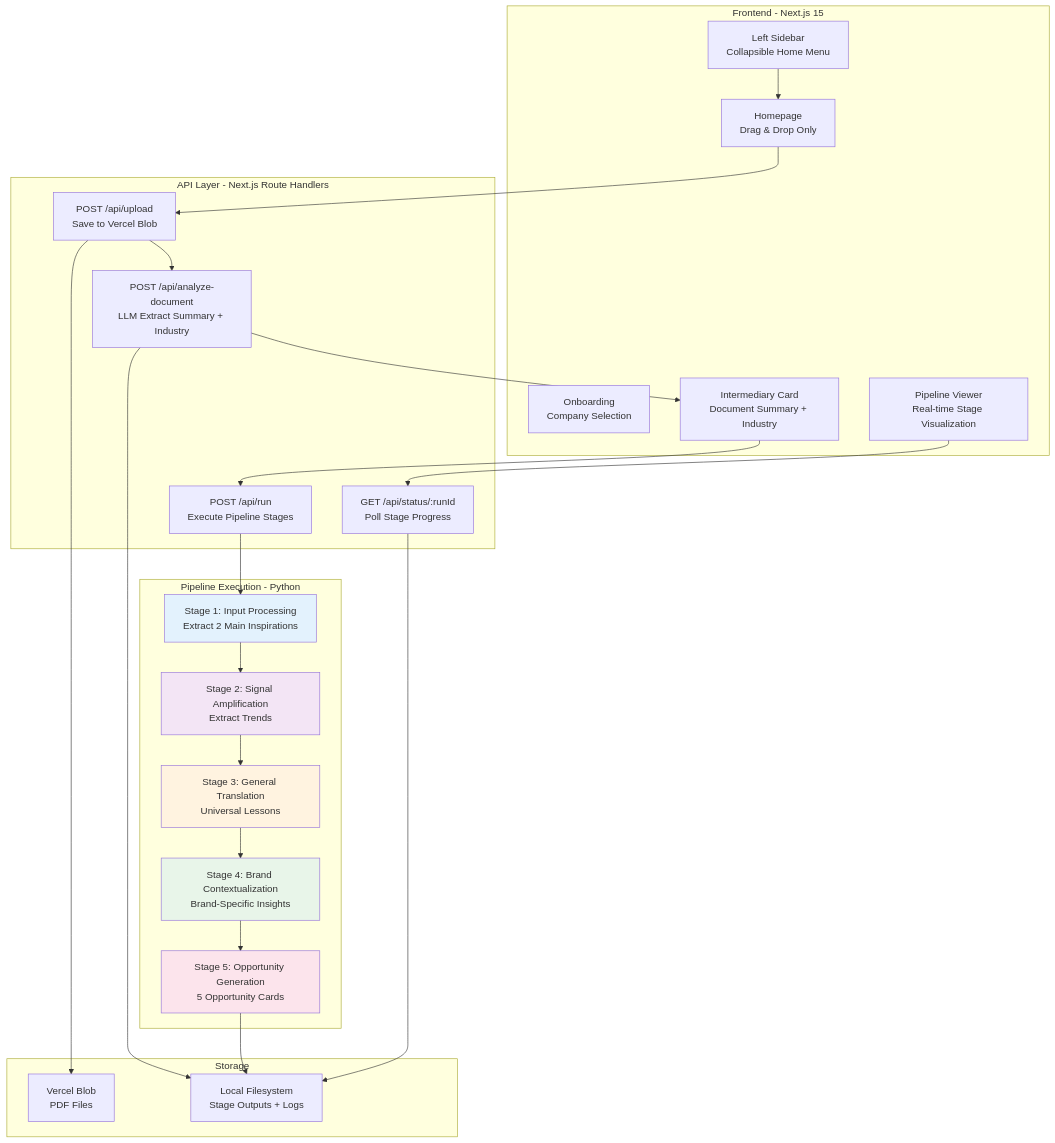
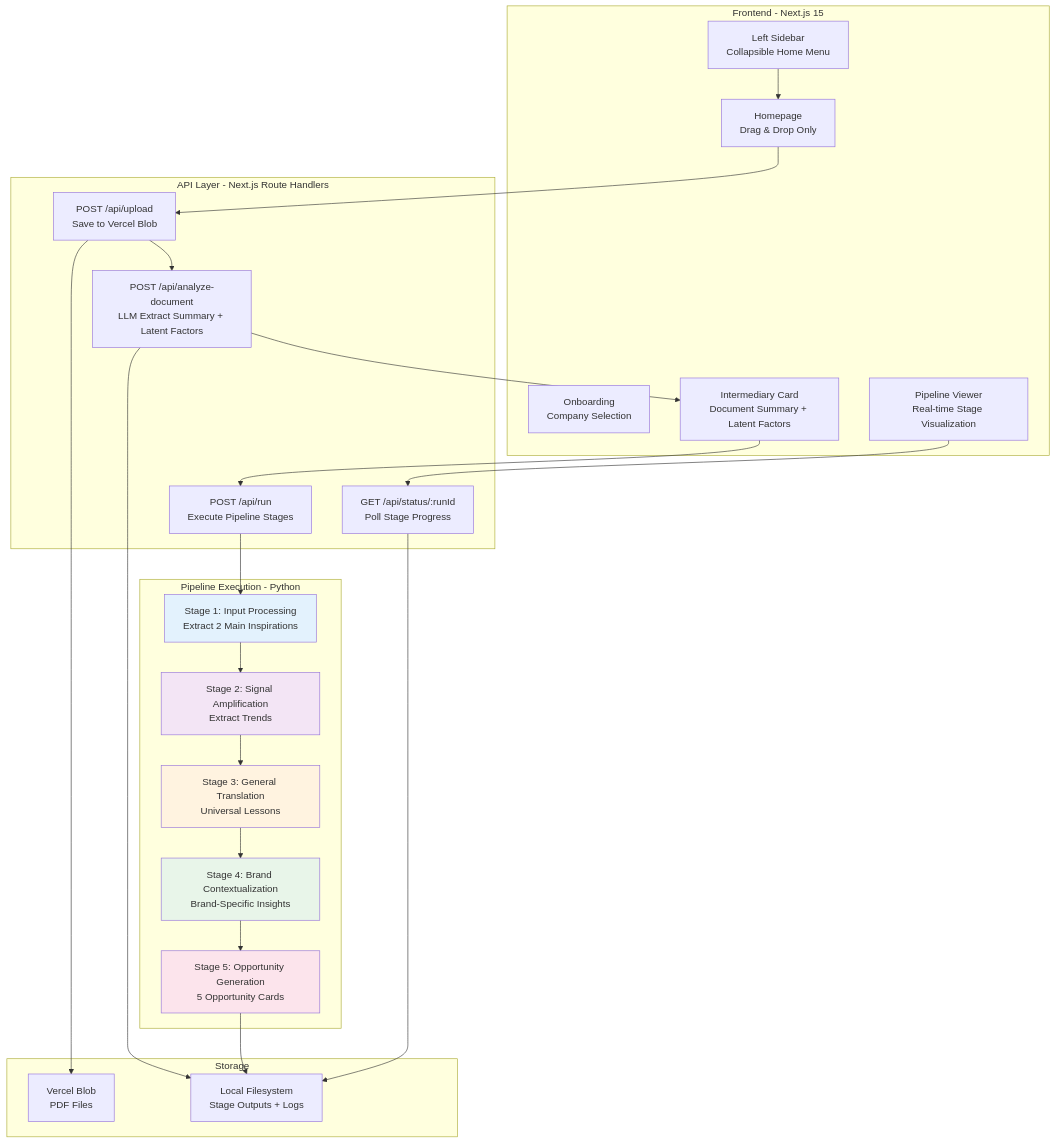
Before and after one commit to philbeliveau/innovation-intelligence-system: the diagram in docs/architecture.md, drawn with Mermaid. The commit also changed other lines of this file and 12 other files, not shown here.

````diff
--- a/docs/architecture.md
+++ b/docs/architecture.md
@@ -60,54 +60,54 @@
 ```mermaid
 graph TB
     subgraph "Frontend - Next.js 15"
         A0[Onboarding<br/>Company Selection]
         A[Homepage<br/>Drag & Drop Only]
-        A1[Intermediary Card<br/>Document Summary + Industry]
+        A1[Intermediary Card<br/>Document Summary + Latent Factors]
         B[Pipeline Viewer<br/>Real-time Stage Visualization]
         C[Left Sidebar<br/>Collapsible Home Menu]
     end
 
     subgraph "API Layer - Next.js Route Handlers"
         D[POST /api/upload<br/>Save to Vercel Blob]
-        D1[POST /api/analyze-document<br/>LLM Extract Summary + Industry]
+        D1[POST /api/analyze-document<br/>LLM Extract Summary + Latent Factors]
         E[POST /api/run<br/>Execute Pipeline Stages]
         F[GET /api/status/:runId<br/>Poll Stage Progress]
     end
 
     subgraph "Pipeline Execution - Python"
         G1[Stage 1: Input Processing<br/>Extract 2 Main Inspirations]
         G2[Stage 2: Signal Amplification<br/>Extract Trends]
         G3[Stage 3: General Translation<br/>Universal Lessons]
         G4[Stage 4: Brand Contextualization<br/>Brand-Specific Insights]
         G5[Stage 5: Opportunity Generation<br/>5 Opportunity Cards]
     end
 
     subgraph "Storage"
         H[Vercel Blob<br/>PDF Files]
         I[Local Filesystem<br/>Stage Outputs + Logs]
     end
 
     A --> D
     D --> D1
     D1 --> A1
     A1 --> E
     B --> F
     C --> A
 
     D --> H
     D1 --> I
     E --> G1
     G1 --> G2
     G2 --> G3
     G3 --> G4
     G4 --> G5
     G5 --> I
 
     F --> I
 
     style G1 fill:#e3f2fd
     style G2 fill:#f3e5f5
     style G3 fill:#fff3e0
     style G4 fill:#e8f5e9
     style G5 fill:#fce4ec
 ```
````
